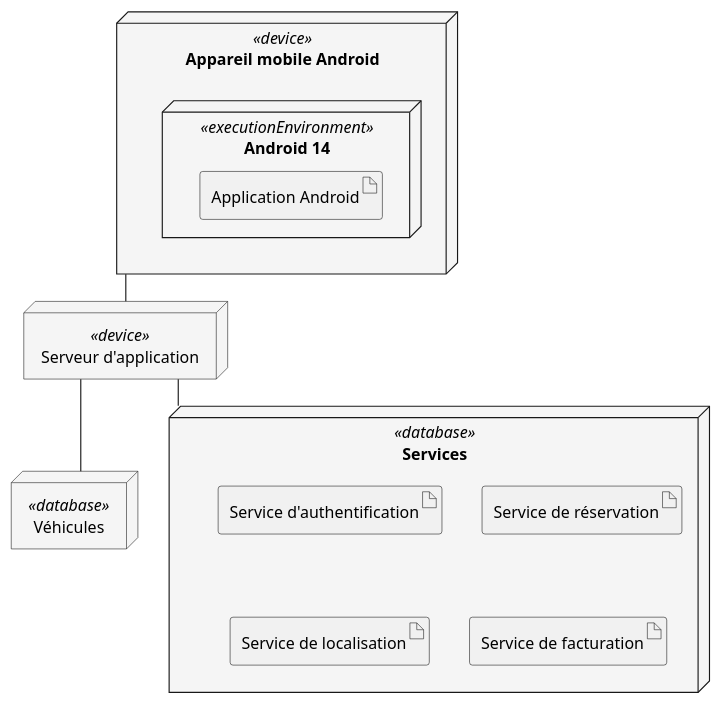
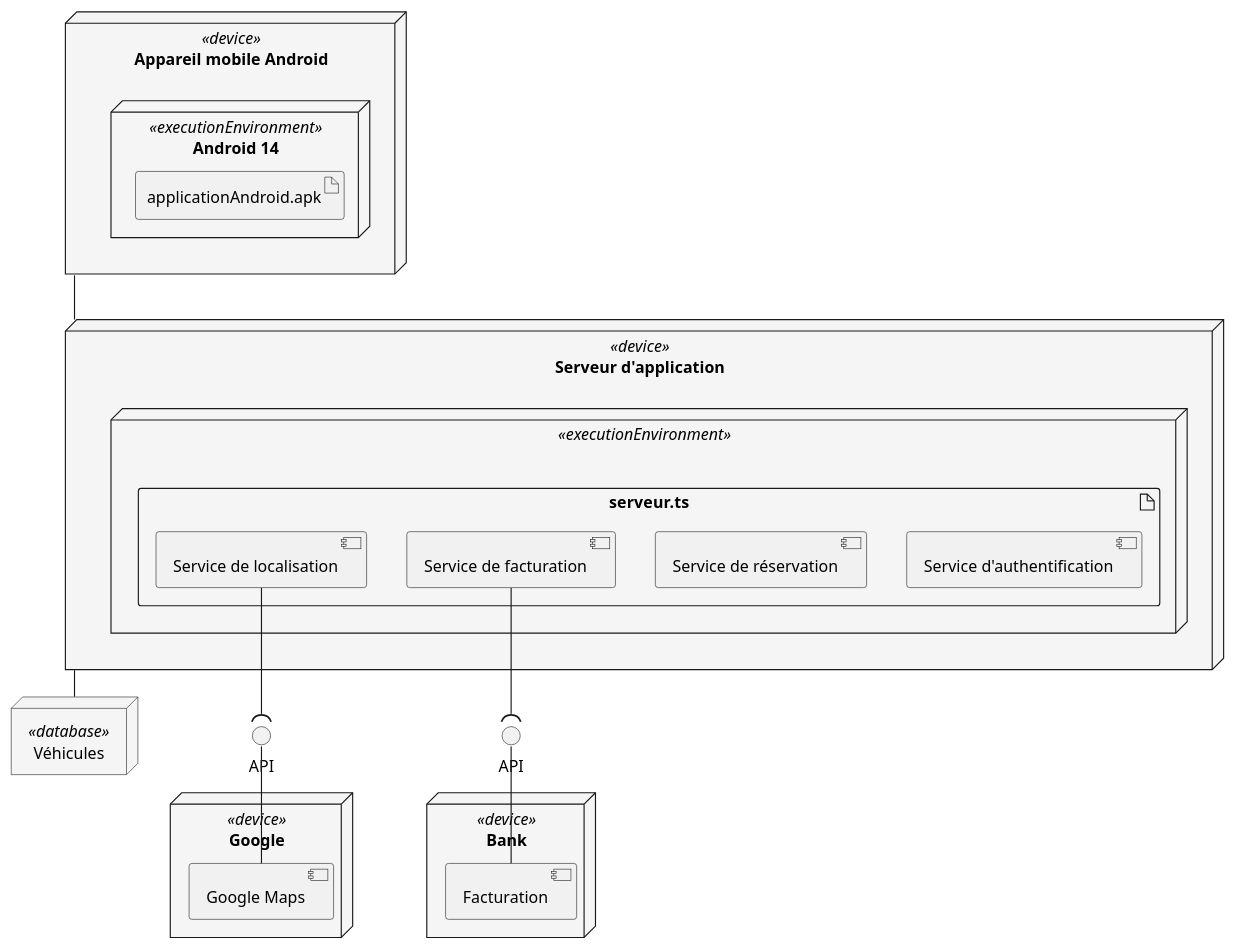
Before and after one commit to gigl-uml/Guide_uml_polymtl: the diagram in plant_uml/exempleDiagDeployment.plantuml, drawn with PlantUML. The commit also changed 1 other file, not shown here.

Commit message:
update deployment diagram PolyAuto example

```diff
--- a/plant_uml/exempleDiagDeployment.plantuml
+++ b/plant_uml/exempleDiagDeployment.plantuml
@@ -1,25 +1,43 @@
 @startuml
 skinparam backgroundcolor transparent
 skinparam NodeBackgroundColor whitesmoke
 skinparam linetype ortho
  
 node "Appareil mobile Android" as androidDevice <<device>>{
   node "Android 14" <<executionEnvironment>> {
-      artifact "Application Android"
+      artifact "applicationAndroid.apk"
   }
 }
-node "Serveur d'application" as backend <<device>>
-node Véhicules <<database>>
-node Services <<database>> {
-    artifact "Service d'authentification" as authservice
-    artifact "Service de réservation" as bookingservice
-    artifact "Service de localisation" as locationservice
-    artifact "Service de facturation" as billingservice
+
+node "Serveur d'application" as backend <<device>> {
+  node " " <<executionEnvironment>> {
+    artifact serveur.ts {
+      component "Service d'authentification" as authservice
+      component "Service de réservation" as bookingservice
+      component "Service de localisation" as locationservice
+      component "Service de facturation" as billingservice
+    }
+  }
 }
 
+node Google <<device>> {
+  component "Google Maps" as gmaps
+}
+
+node Bank <<device>> {
+  component "Facturation" as facturation
+}
+
+node "Véhicules" as vehic <<database>>
+
+interface "API" as api_1
+interface "API" as api_2
 
 androidDevice -- backend
-backend -- Véhicules
-backend -- Services
+locationservice --( api_1
+api_1 -- gmaps
+billingservice --( api_2
+api_2 -- facturation
+backend -- vehic
 
 @enduml
```
